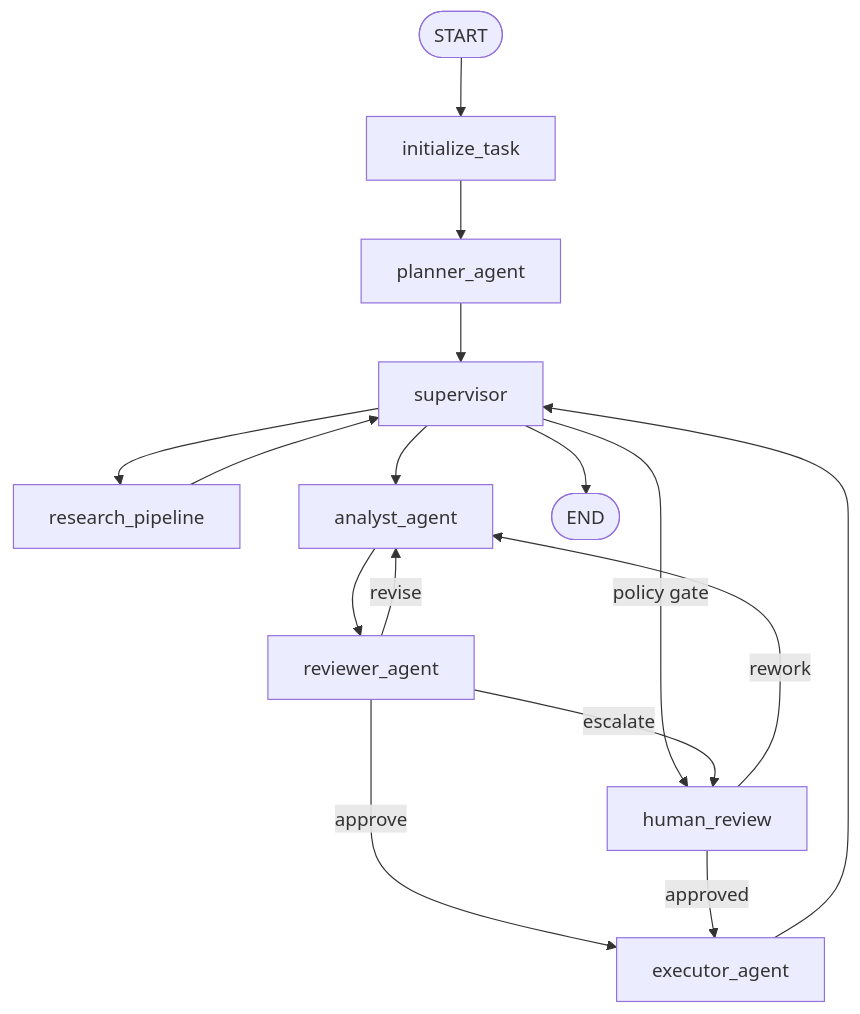
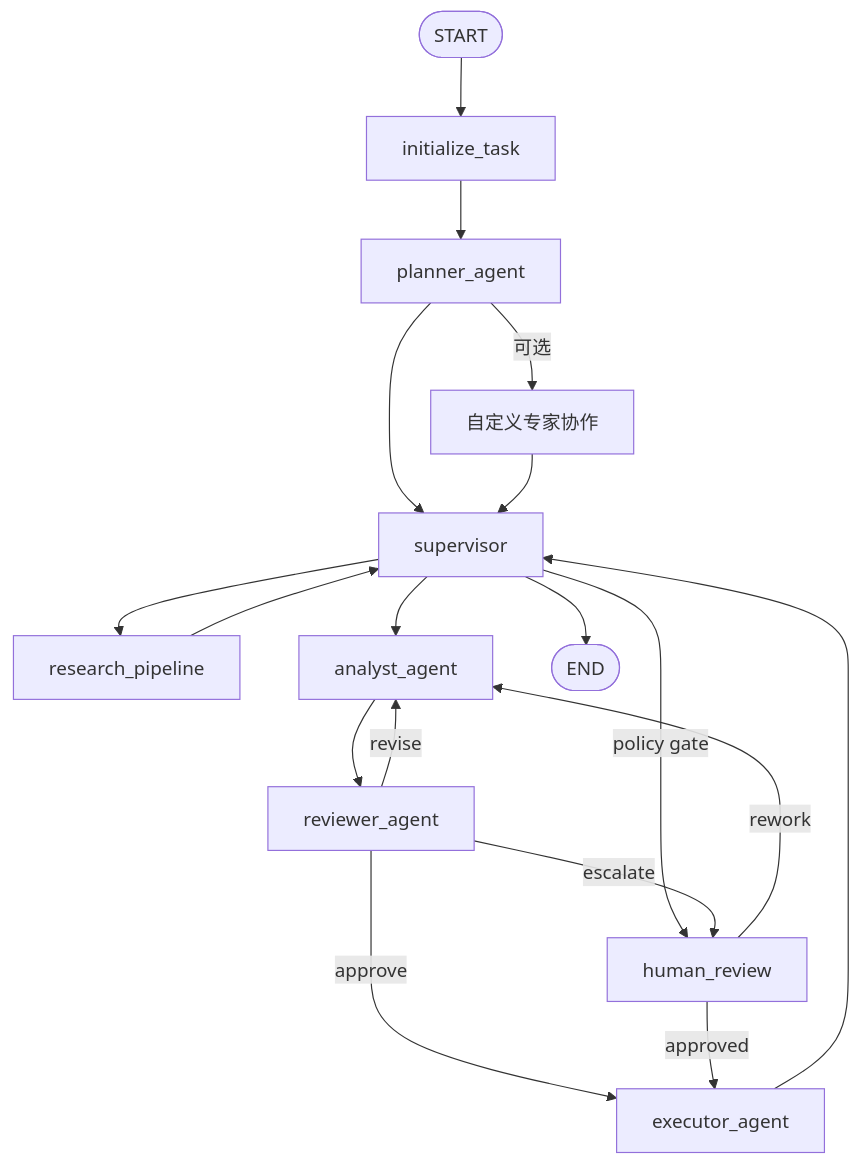
Before and after one commit to hyf020908/langgraph-agentops-studio: the diagram in README_zh.md, drawn with Mermaid. The commit also changed other lines of this file and 32 other files, not shown here.

````diff
--- a/README_zh.md
+++ b/README_zh.md
@@ -24,18 +25,20 @@
 ```mermaid
 flowchart TD
     START([START]) --> init[initialize_task]
     init --> planner[planner_agent]
     planner --> supervisor[supervisor]
+    planner -->|可选| collaboration[自定义专家协作]
+    collaboration --> supervisor
     supervisor --> research[research_pipeline]
     research --> supervisor
     supervisor --> analyst[analyst_agent]
     supervisor -->|policy gate| hitl[human_review]
     analyst --> reviewer[reviewer_agent]
     reviewer -->|revise| analyst
     reviewer -->|escalate| hitl
     reviewer -->|approve| executor[executor_agent]
     hitl -->|approved| executor
     hitl -->|rework| analyst
     executor --> supervisor
     supervisor --> END([END])
 ```
````
